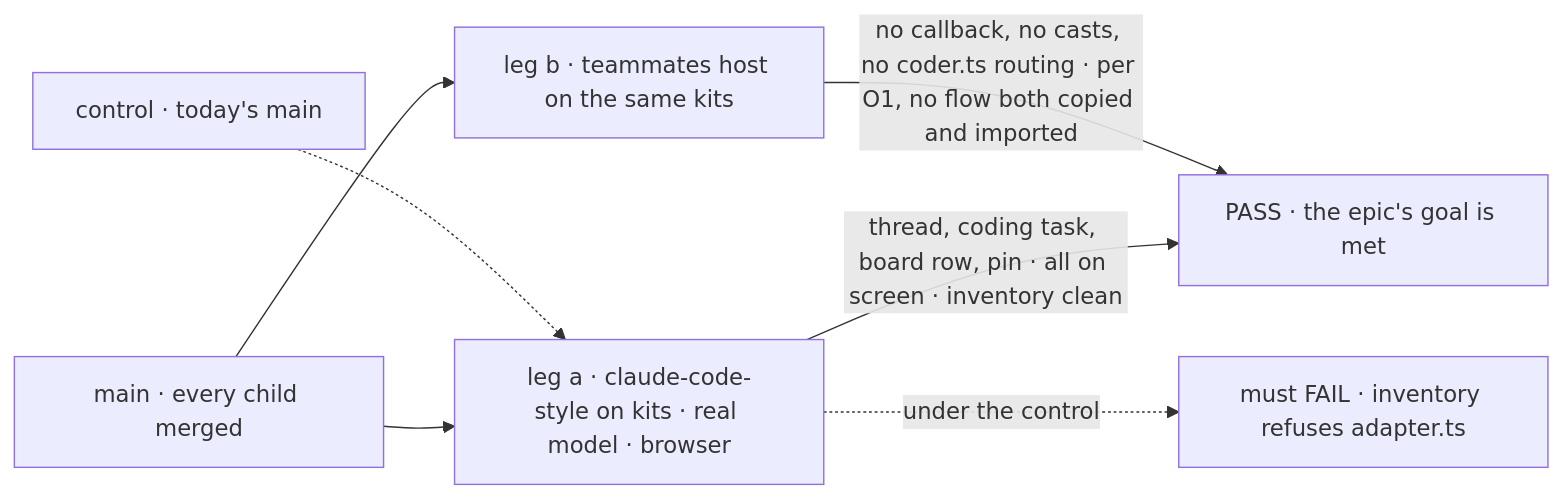
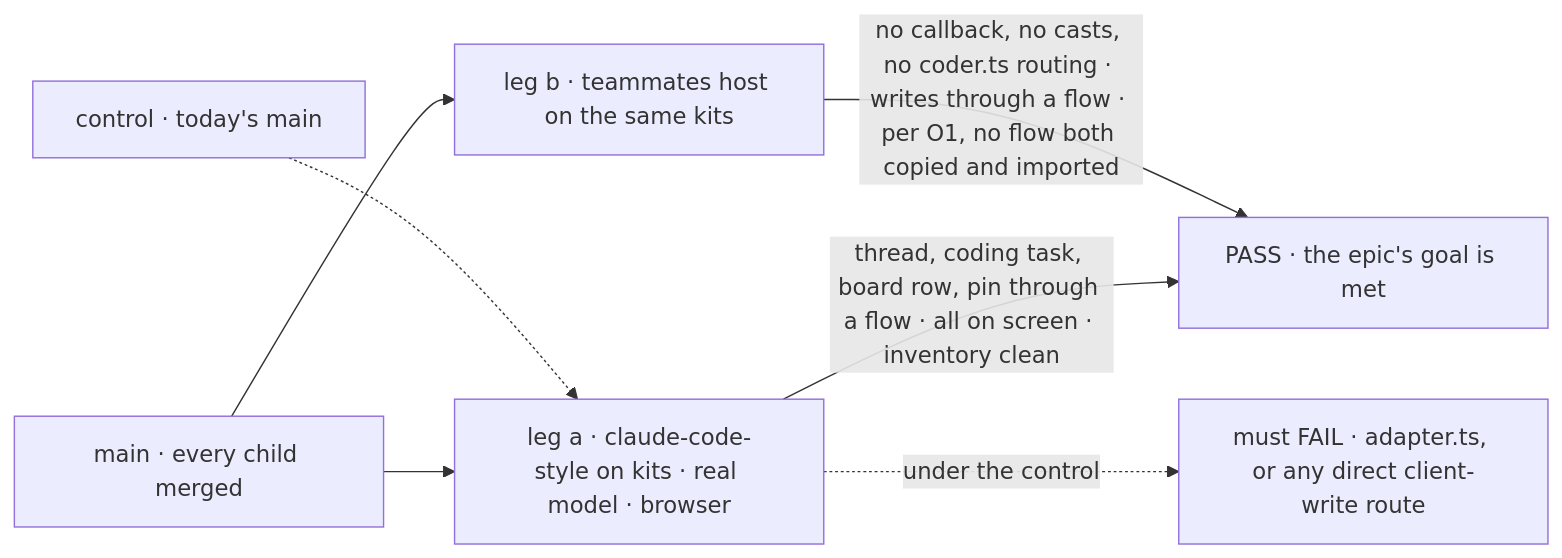
Before and after one commit to fixpoint-labs/flow-state-dev: the first of 2 diagrams in specs/epics/FIX-2618/SPEC.md, drawn with Mermaid. The commit also changed other lines of this file and 8 other files, not shown here.

First line of the commit message:
spec(FIX-2618): fold review round 2 (O3 decided: every write through a flow, a default write flow)

````diff
--- a/specs/epics/FIX-2618/SPEC.md
+++ b/specs/epics/FIX-2618/SPEC.md
@@ -35,9 +35,9 @@
 ```mermaid
 flowchart LR
   M["main · every child merged"] --> A["leg a · claude-code-style on kits · real model · browser"]
   M --> B["leg b · teammates host on the same kits"]
-  A -->|"thread, coding task, board row, pin · all on screen · inventory clean"| P["PASS · the epic's goal is met"]
-  B -->|"no callback, no casts, no coder.ts routing · per O1, no flow both copied and imported"| P
+  A -->|"thread, coding task, board row, pin through a flow · all on screen · inventory clean"| P["PASS · the epic's goal is met"]
+  B -->|"no callback, no casts, no coder.ts routing · writes through a flow · per O1, no flow both copied and imported"| P
   C["control · today's main"] -.-> A
-  A -.->|"under the control"| F["must FAIL · inventory refuses adapter.ts"]
+  A -.->|"under the control"| F["must FAIL · adapter.ts, or any direct client-write route"]
 ```
````
